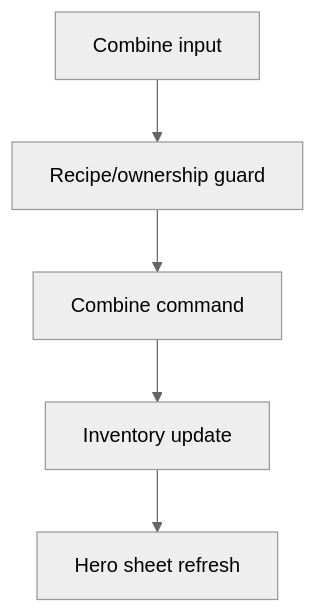
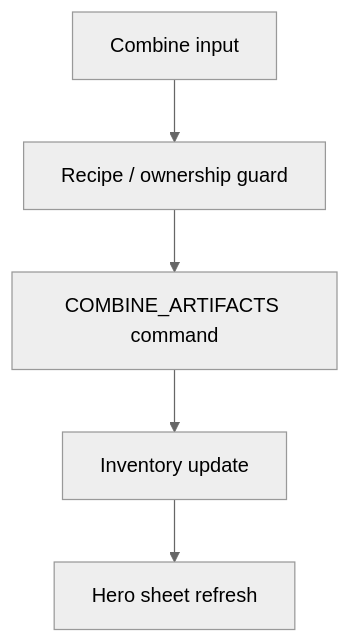
The third of 5 diagrams in docs/architecture/wiki/screens/52-artifact-combine-dialog/architecture.md (SunaNoOshiro/Heroes_Reforged_AI_Realms), drawn with Mermaid (neutral theme) before and after one commit. The commit also changed other lines of this file and 518 other files, not shown here.

First line of the commit message:
Add doc-audit skill and sweep architecture/screen docs

````diff
--- a/docs/architecture/wiki/screens/52-artifact-combine-dialog/architecture.md
+++ b/docs/architecture/wiki/screens/52-artifact-combine-dialog/architecture.md
@@ -42,8 +51,7 @@
 ```mermaid
 flowchart TD
-  I0["Combine input"] --> I1
-  I1["Recipe/ownership guard"] --> I2
-  I2["Combine command"] --> I3
-  I3["Inventory update"] --> I4
-  I4["Hero sheet refresh"]
+  I0["Combine input"] --> I1["Recipe / ownership guard"]
+  I1 --> I2["COMBINE_ARTIFACTS command"]
+  I2 --> I3["Inventory update"]
+  I3 --> I4["Hero sheet refresh"]
 ```
````
